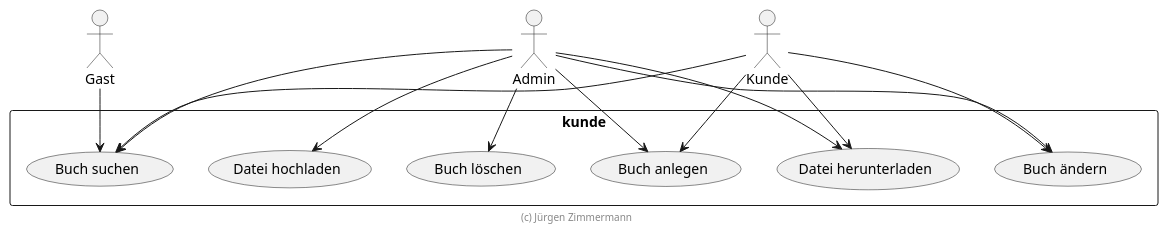
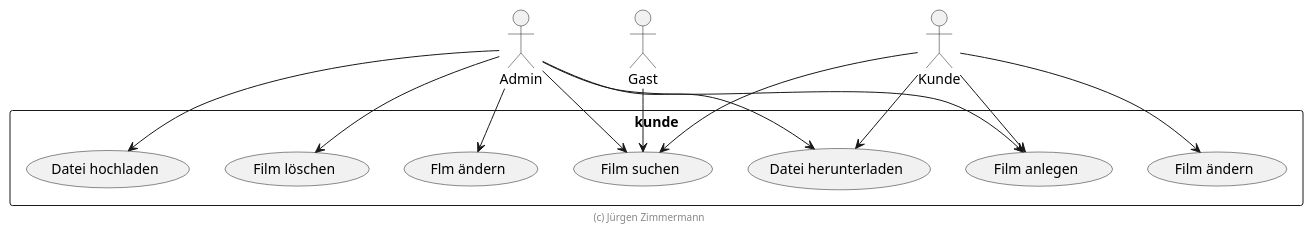
One commit to SWEGruppe8/Film changed the diagram in extras/doc/entwicklerhandbuch/use-cases.puml. Above: the diagram before and after it, drawn with PlantUML. The commit also changed 3 other files, not shown here.

```diff
--- a/extras/doc/entwicklerhandbuch/use-cases.puml
+++ b/extras/doc/entwicklerhandbuch/use-cases.puml
@@ -1,23 +1,23 @@
 @startuml Use Cases
 
 actor Gast
 actor Admin
 actor Kunde
 
 rectangle kunde {
-    Gast --> (Buch suchen)
-    Admin --> (Buch suchen)
-    Admin --> (Buch anlegen)
-    Admin --> (Buch ändern)
-    Admin --> (Buch löschen)
+    Gast --> (Film suchen)
+    Admin --> (Film suchen)
+    Admin --> (Film anlegen)
+    Admin --> (Flm ändern)
+    Admin --> (Film löschen)
     Admin --> (Datei hochladen)
     Admin --> (Datei herunterladen)
-    Kunde --> (Buch suchen)
-    Kunde --> (Buch anlegen)
-    Kunde --> (Buch ändern)
+    Kunde --> (Film suchen)
+    Kunde --> (Film anlegen)
+    Kunde --> (Film ändern)
     Kunde --> (Datei herunterladen)
 }
 
 footer (c) Jürgen Zimmermann
 
 @enduml
```
